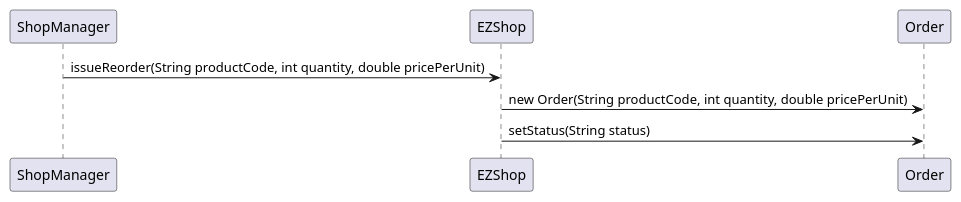
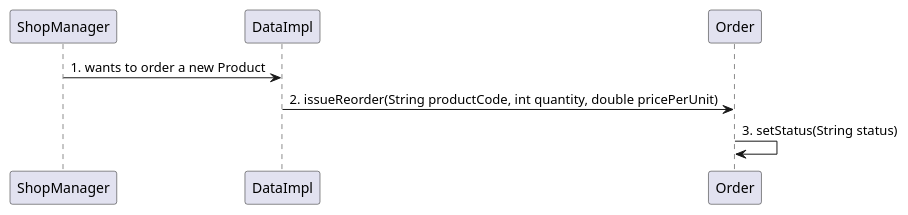
The ninth of 16 diagrams in Deliverables/DesignDocument.md (djemar/softeng_ezshop), drawn with PlantUML before and after one commit. The commit also changed other lines of this file, not shown here.

Commit message:
Verification sequence diagrams part 2

````diff
--- a/Deliverables/DesignDocument.md
+++ b/Deliverables/DesignDocument.md
@@ -288,5 +316,5 @@
 ```plantuml
-"ShopManager" -> "EZShop" : issueReorder(String productCode, int quantity, double pricePerUnit)
-"EZShop" -> "Order" : new Order(String productCode, int quantity, double pricePerUnit)
-"EZShop" -> "Order" : setStatus(String status)
+"ShopManager" -> "DataImpl": 1. wants to order a new Product
+"DataImpl" -> "Order" : 2. issueReorder(String productCode, int quantity, double pricePerUnit)
+"Order" -> "Order" : 3. setStatus(String status)
 ```
````
